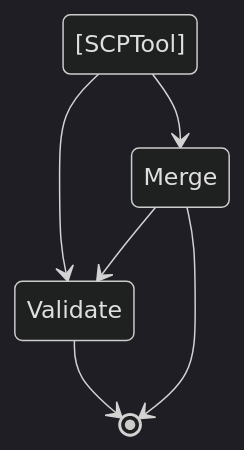
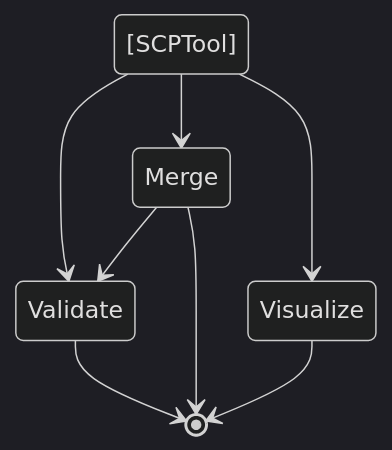
One commit to aquia-inc/scpkit changed the diagram in README.md. Above: the diagram before and after it, drawn with Mermaid (dark theme). The commit also changed other lines of this file and 7 other files, not shown here.

````diff
--- a/README.md
+++ b/README.md
@@ -11,8 +11,10 @@
 ```mermaid
   stateDiagram-v2
       [SCPTool] --> Validate
       [SCPTool] --> Merge
+      [SCPTool] --> Visualize
       Merge --> Validate
       Validate --> [*]
       Merge --> [*]
+      Visualize --> [*]
 ```
````
